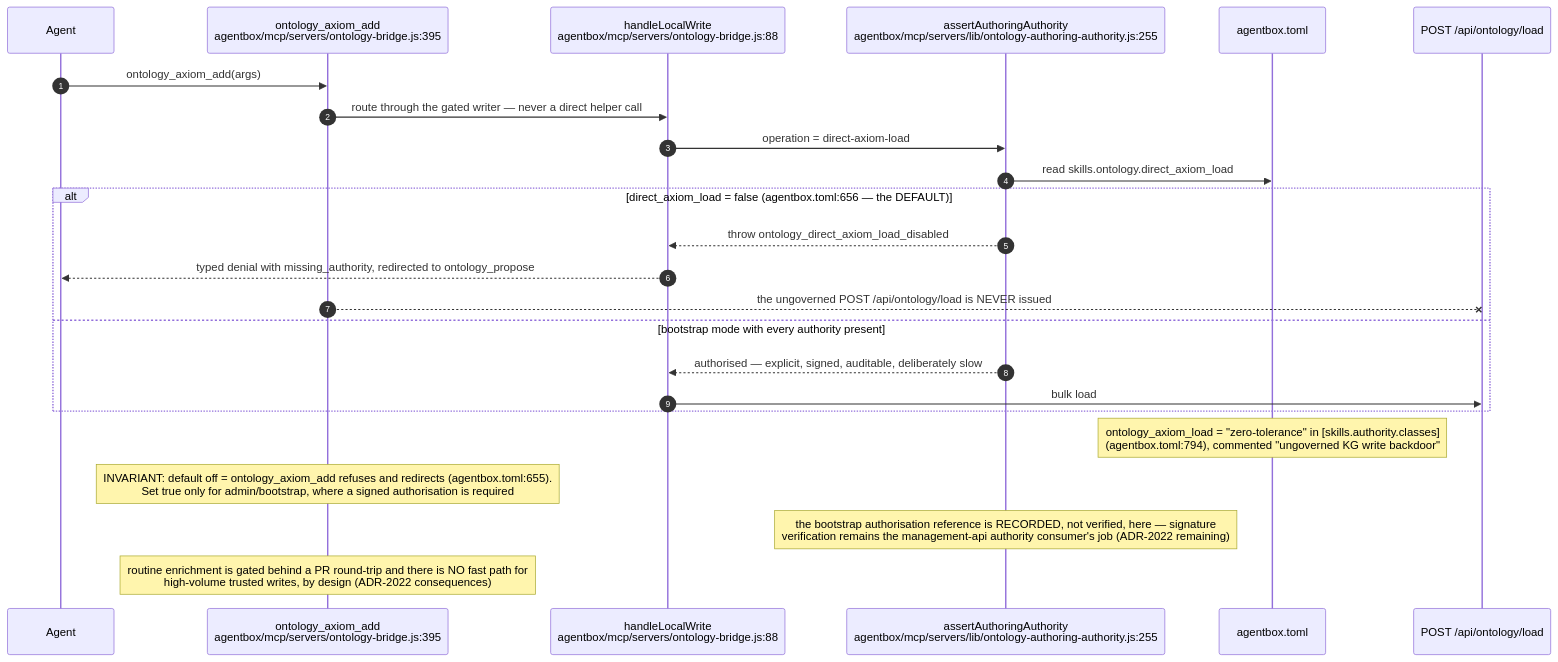
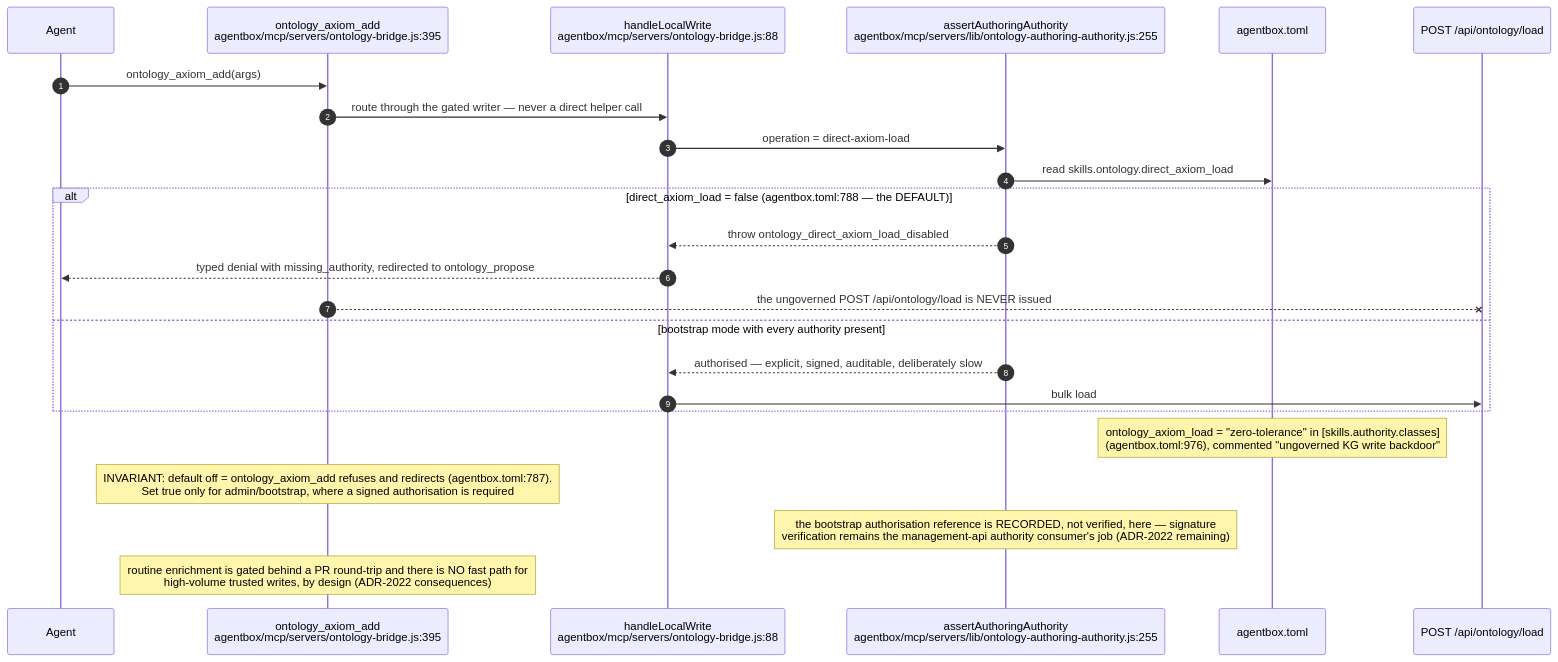
The sixth of 12 diagrams in docs/diagrams/agentbox/25-ontology-tools-and-governed-writes.md (DreamLab-AI/VisionFlow), drawn with Mermaid before and after one commit. The commit also changed other lines of this file and 28 other files, not shown here.

````diff
--- a/docs/diagrams/agentbox/25-ontology-tools-and-governed-writes.md
+++ b/docs/diagrams/agentbox/25-ontology-tools-and-governed-writes.md
@@ -274,27 +274,27 @@
 ```mermaid
 sequenceDiagram
     autonumber
     participant AG as Agent
     participant BR as ontology_axiom_add<br/>agentbox/mcp/servers/ontology-bridge.js:395
     participant HW as handleLocalWrite<br/>agentbox/mcp/servers/ontology-bridge.js:88
     participant GATE as assertAuthoringAuthority<br/>agentbox/mcp/servers/lib/ontology-authoring-authority.js:255
     participant MAN as agentbox.toml
     participant LOAD as POST /api/ontology/load
 
     AG->>BR: ontology_axiom_add(args)
     BR->>HW: route through the gated writer — never a direct helper call
     HW->>GATE: operation = direct-axiom-load
     GATE->>MAN: read skills.ontology.direct_axiom_load
-    alt direct_axiom_load = false (agentbox.toml:656 — the DEFAULT)
+    alt direct_axiom_load = false (agentbox.toml:788 — the DEFAULT)
         GATE-->>HW: throw ontology_direct_axiom_load_disabled
         HW-->>AG: typed denial with missing_authority, redirected to ontology_propose
         BR--xLOAD: the ungoverned POST /api/ontology/load is NEVER issued
     else bootstrap mode with every authority present
         GATE-->>HW: authorised — explicit, signed, auditable, deliberately slow
         HW->>LOAD: bulk load
     end
-    Note over MAN: ontology_axiom_load = "zero-tolerance" in [skills.authority.classes]<br/>(agentbox.toml:794), commented "ungoverned KG write backdoor"
-    Note over BR: INVARIANT: default off = ontology_axiom_add refuses and redirects (agentbox.toml:655).<br/>Set true only for admin/bootstrap, where a signed authorisation is required
+    Note over MAN: ontology_axiom_load = "zero-tolerance" in [skills.authority.classes]<br/>(agentbox.toml:976), commented "ungoverned KG write backdoor"
+    Note over BR: INVARIANT: default off = ontology_axiom_add refuses and redirects (agentbox.toml:787).<br/>Set true only for admin/bootstrap, where a signed authorisation is required
     Note over GATE: the bootstrap authorisation reference is RECORDED, not verified, here — signature<br/>verification remains the management-api authority consumer's job (ADR-2022 remaining)
     Note over BR: routine enrichment is gated behind a PR round-trip and there is NO fast path for<br/>high-volume trusted writes, by design (ADR-2022 consequences)
 ```
````
